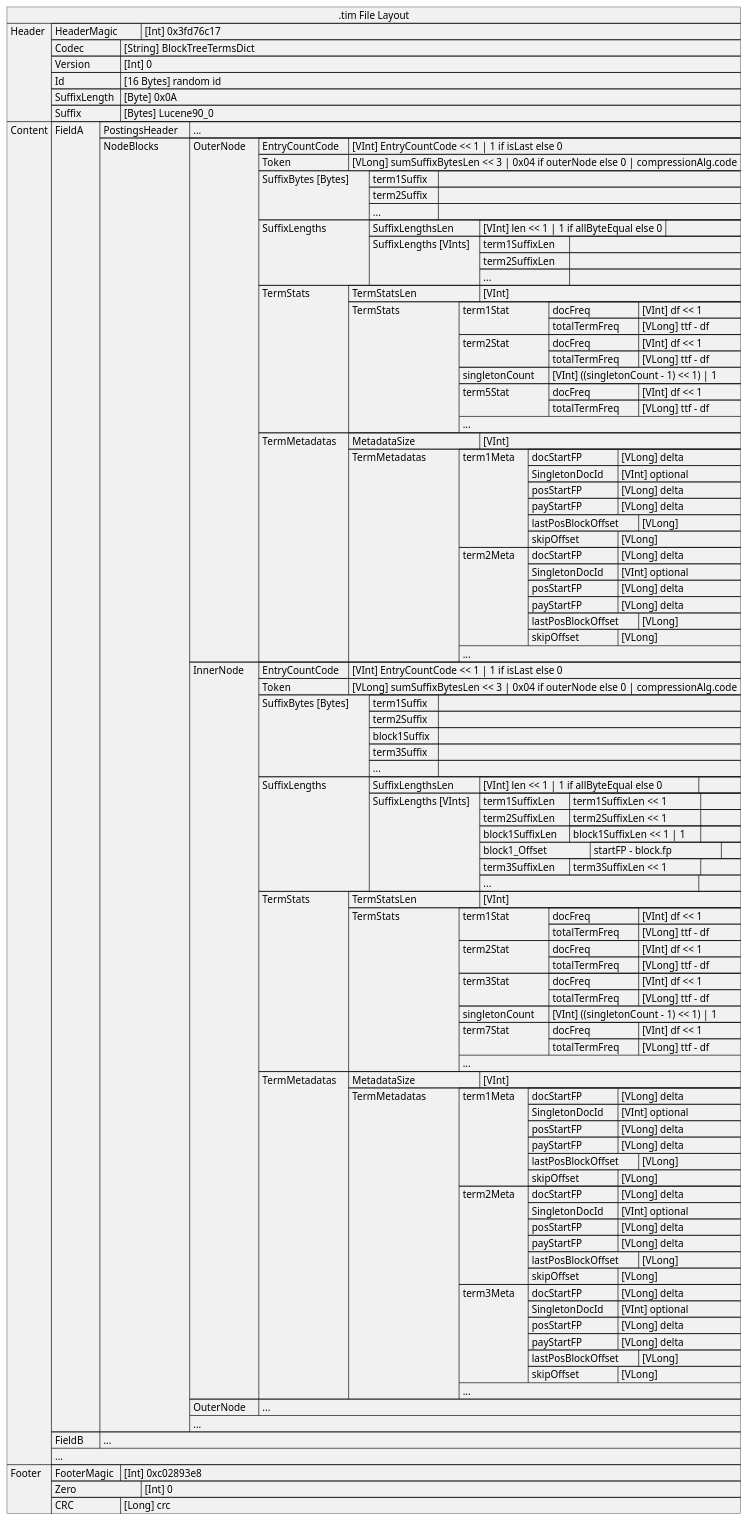
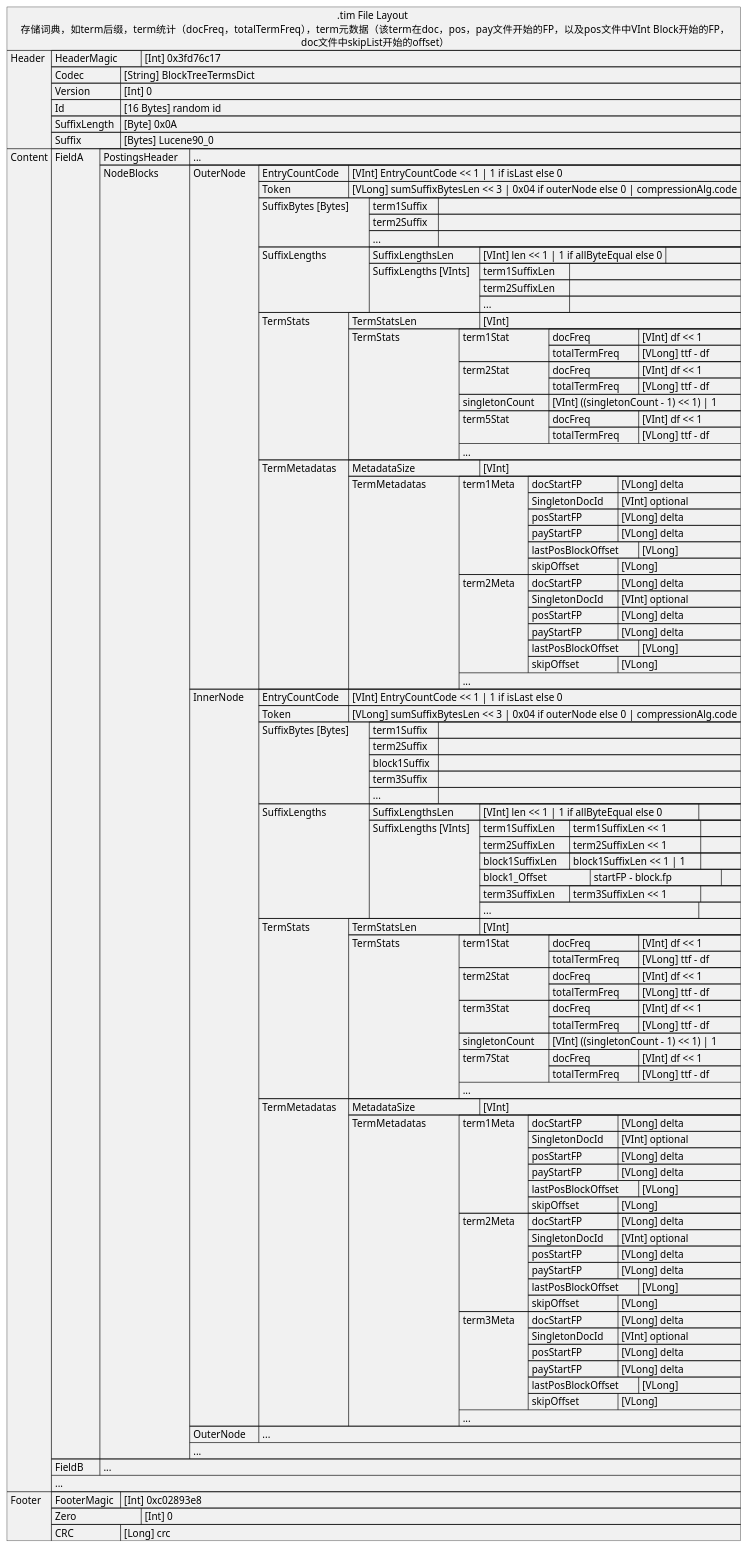
Before and after one commit to big-peter/lucene: the diagram in uml/fileLayout/04.tim.puml, drawn with PlantUML. The commit also changed 7 other files, not shown here.

Commit message:
add uml desc

```diff
--- a/uml/fileLayout/04.tim.puml
+++ b/uml/fileLayout/04.tim.puml
@@ -29,161 +29,161 @@
 @startuml
-json ".tim File Layout" as J {
+json ".tim File Layout \n 存储词典，如term后缀，term统计（docFreq，totalTermFreq），term元数据（该term在doc，pos，pay文件开始的FP，以及pos文件中VInt Block开始的FP，\n doc文件中skipList开始的offset）" as J {
    "Header":[
       {"HeaderMagic\t": "[Int] 0x3fd76c17"},
       {"Codec\t\t": "[String] BlockTreeTermsDict"},
       {"Version\t\t": "[Int] 0"},
       {"Id\t\t\t": "[16 Bytes] random id"},
       {"SuffixLength\t": "[Byte] 0x0A"},
       {"Suffix\t\t": "[Bytes] Lucene90_0"}
    ],
    "Content":[
       {"FieldA\t": [
          {"PostingsHeader\t": "..."},
          {"NodeBlocks\t\t": [
             {"OuterNode\t": [
                {"EntryCountCode\t": "[VInt] EntryCountCode << 1 | 1 if isLast else 0"},
                {"Token\t\t\t": "[VLong] sumSuffixBytesLen << 3 | 0x04 if outerNode else 0 | compressionAlg.code"},
                {"SuffixBytes [Bytes]\t": [
                   {"term1Suffix\t":[]},
                   {"term2Suffix\t":[]},
                   {"...\t\t\t":[]}
                ]},
                {"SuffixLengths\t\t": [
                   {"SuffixLengthsLen\t\t": {"[VInt] len << 1 | 1 if allByteEqual else 0":[]}},
                   {"SuffixLengths [VInts]\t": [
                      {"term1SuffixLen\t":[]},
                      {"term2SuffixLen\t":[]},
                      {"...\t\t\t\t":[]}
                   ]}
                ]},
                {"TermStats\t\t": [
                   {"TermStatsLen\t\t\t": "[VInt]"},
                   {"TermStats\t\t\t": [
                      {"term1Stat\t\t": [
                         {"docFreq\t\t\t": "[VInt] df << 1"},
                         {"totalTermFreq\t": "[VLong] ttf - df\t"}
                      ]},
                      {"term2Stat\t\t": [
                         {"docFreq\t\t\t": "[VInt] df << 1"},
                         {"totalTermFreq\t": "[VLong] ttf - df\t"}
                      ]},
                      {"singletonCount\t": "[VInt] ((singletonCount - 1) << 1) | 1"},
                      {"term5Stat\t\t": [
                         {"docFreq\t\t\t": "[VInt] df << 1"},
                         {"totalTermFreq\t": "[VLong] ttf - df\t"}
                      ]},
                      "..."
                   ]}
                ]},
                {"TermMetadatas\t": [
                   {"MetadataSize\t\t\t": "[VInt]"},
                   {"TermMetadatas\t\t": [
                      {"term1Meta\t": [
                         {"docStartFP\t\t": "[VLong] delta"},
                         {"SingletonDocId\t": "[VInt] optional\t\t"},
                         {"posStartFP\t\t": "[VLong] delta"},
                         {"payStartFP\t\t": "[VLong] delta"},
                         {"lastPosBlockOffset\t": "[VLong]"},
                         {"skipOffset\t\t": "[VLong]"}
                      ]},
                      {"term2Meta\t": [
                         {"docStartFP\t\t": "[VLong] delta"},
                         {"SingletonDocId\t": "[VInt] optional\t\t"},
                         {"posStartFP\t\t": "[VLong] delta"},
                         {"payStartFP\t\t": "[VLong] delta"},
                         {"lastPosBlockOffset\t": "[VLong]"},
                         {"skipOffset\t\t": "[VLong]"}
                      ]},
                      "..."
                   ]}
                ]}
             ]},
             {"InnerNode\t": [
                {"EntryCountCode\t": "[VInt] EntryCountCode << 1 | 1 if isLast else 0"},
                {"Token\t\t\t": "[VLong] sumSuffixBytesLen << 3 | 0x04 if outerNode else 0 | compressionAlg.code"},
                {"SuffixBytes [Bytes]\t": [
                   {"term1Suffix\t":[]},
                   {"term2Suffix\t":[]},
                   {"block1Suffix\t":[]},
                   {"term3Suffix\t":[]},
                   {"...\t\t\t":[]}
                ]},
                {"SuffixLengths\t\t": [
                   {"SuffixLengthsLen\t\t": {"[VInt] len << 1 | 1 if allByteEqual else 0\t\t  ":[]}},
                   {"SuffixLengths [VInts]\t": [
                      {"term1SuffixLen\t": {"term1SuffixLen << 1\t\t":[]}},
                      {"term2SuffixLen\t": {"term2SuffixLen << 1\t\t":[]}},
                      {"block1SuffixLen\t": {"block1SuffixLen << 1 | 1\t":[]}},
                      {"block1_Offset\t\t": {"startFP - block.fp\t\t\t":[]}},
                      {"term3SuffixLen\t": {"term3SuffixLen << 1\t\t":[]}},
                      {"...\t\t\t\t\t\t\t\t\t\t  ":[]}
                   ]}
                ]},
                {"TermStats\t\t": [
                   {"TermStatsLen\t\t\t": "[VInt]"},
                   {"TermStats\t\t\t": [
                      {"term1Stat\t\t": [
                         {"docFreq\t\t\t": "[VInt] df << 1"},
                         {"totalTermFreq\t": "[VLong] ttf - df\t"}
                      ]},
                      {"term2Stat\t\t": [
                         {"docFreq\t\t\t": "[VInt] df << 1"},
                         {"totalTermFreq\t": "[VLong] ttf - df\t"}
                      ]},
                      {"term3Stat\t\t": [
                         {"docFreq\t\t\t": "[VInt] df << 1"},
                         {"totalTermFreq\t": "[VLong] ttf - df\t"}
                      ]},
                      {"singletonCount\t": "[VInt] ((singletonCount - 1) << 1) | 1"},
                      {"term7Stat\t\t": [
                         {"docFreq\t\t\t": "[VInt] df << 1"},
                         {"totalTermFreq\t": "[VLong] ttf - df\t"}
                      ]},
                      "..."
                   ]}
                ]},
                {"TermMetadatas\t": [
                   {"MetadataSize\t\t\t": "[VInt]"},
                   {"TermMetadatas\t\t": [
                      {"term1Meta\t": [
                         {"docStartFP\t\t": "[VLong] delta"},
                         {"SingletonDocId\t": "[VInt] optional\t\t"},
                         {"posStartFP\t\t": "[VLong] delta"},
                         {"payStartFP\t\t": "[VLong] delta"},
                         {"lastPosBlockOffset\t": "[VLong]"},
                         {"skipOffset\t\t": "[VLong]"}
                      ]},
                      {"term2Meta\t": [
                         {"docStartFP\t\t": "[VLong] delta"},
                         {"SingletonDocId\t": "[VInt] optional\t\t"},
                         {"posStartFP\t\t": "[VLong] delta"},
                         {"payStartFP\t\t": "[VLong] delta"},
                         {"lastPosBlockOffset\t": "[VLong]"},
                         {"skipOffset\t\t": "[VLong]"}
                      ]},
                      {"term3Meta\t": [
                         {"docStartFP\t\t": "[VLong] delta"},
                         {"SingletonDocId\t": "[VInt] optional\t\t"},
                         {"posStartFP\t\t": "[VLong] delta"},
                         {"payStartFP\t\t": "[VLong] delta"},
                         {"lastPosBlockOffset\t": "[VLong]"},
                         {"skipOffset\t\t": "[VLong]"}
                      ]},
                      "..."
                   ]}
                ]}
             ]},
             {"OuterNode\t": "..."},
             "..."
          ]}
       ]},
       {"FieldB\t":["..."]},
       "..."
    ],
    "Footer":[
       {"FooterMagic\t": "[Int] 0xc02893e8"},
       {"Zero\t\t\t": "[Int] 0"},
       {"CRC\t\t\t": "[Long] crc"}
    ]
 }
 @enduml
```
